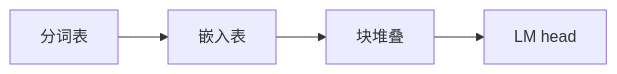
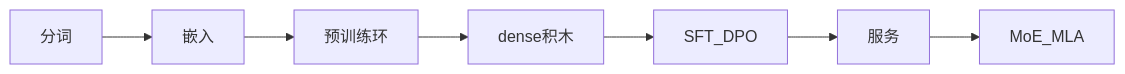
Before and after one commit to chaxus/arche: the diagram in web/src/content/beginner/cn/overview.md, drawn with Mermaid. The commit also changed other lines of this file and 11 other files, not shown here.

````diff
--- a/web/src/content/beginner/cn/overview.md
+++ b/web/src/content/beginner/cn/overview.md
@@ -9,6 +19,9 @@
 ```mermaid
 flowchart LR
-  tok[分词表] --> emb[嵌入表]
-  emb --> stack[块堆叠]
-  stack --> head[LM head]
+  tok[分词] --> emb[嵌入]
+  emb --> train[预训练环]
+  train --> bricks[dense积木]
+  bricks --> align[SFT_DPO]
+  align --> serve[服务]
+  serve --> tip[MoE_MLA]
 ```
````
